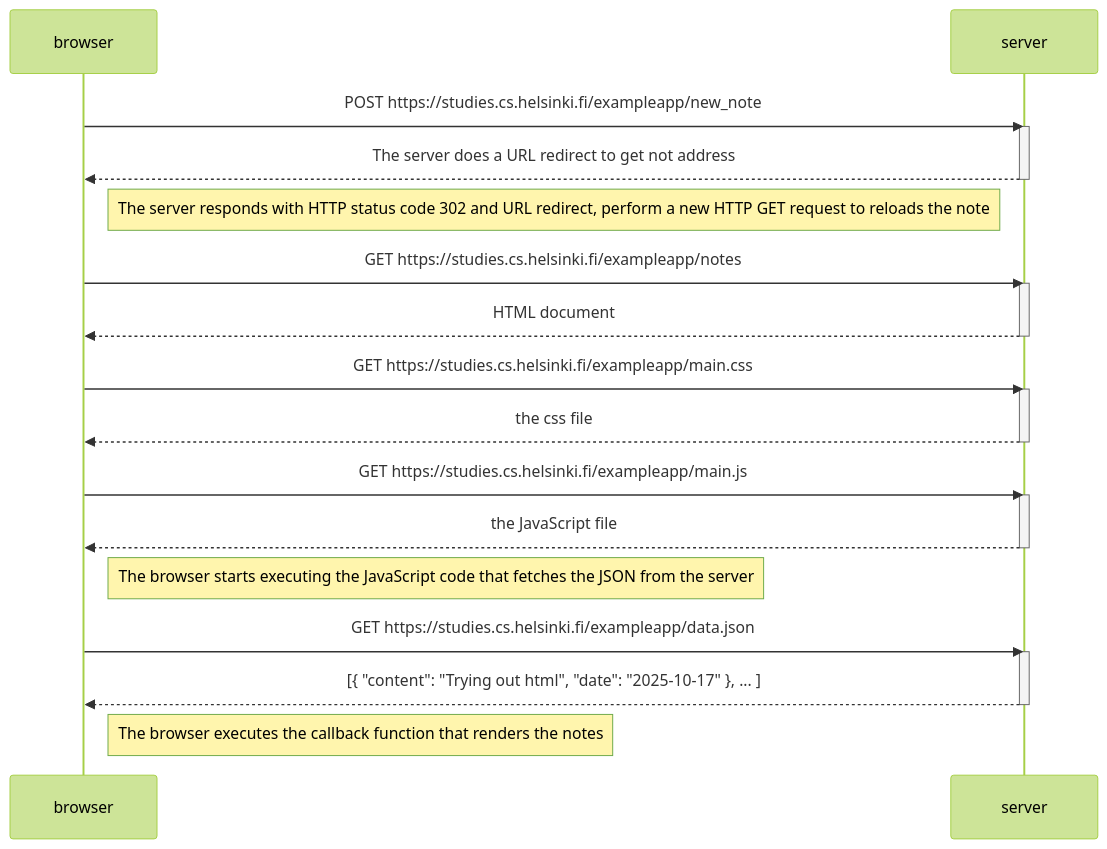
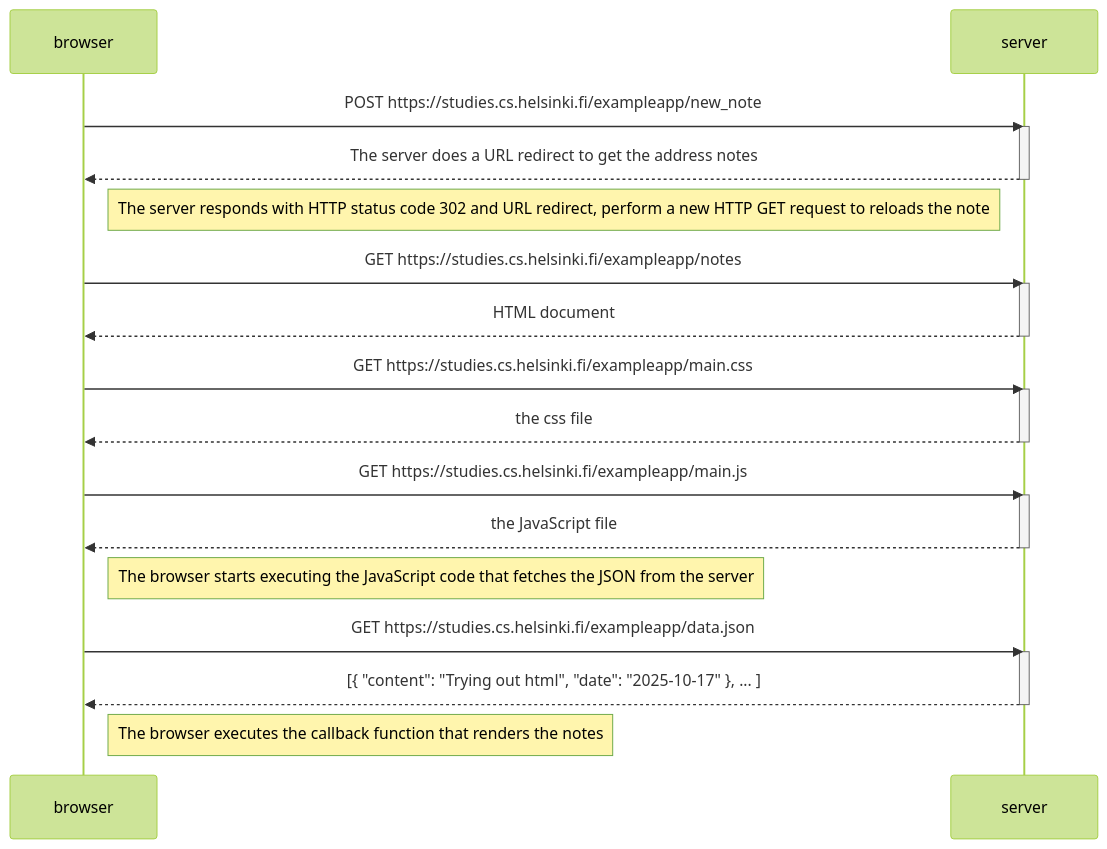
One commit to chimaeberechiphilip/full_stack_open changed the diagram in part_0/0.4_new_note_diagram/sequencediagram.md. Above: the diagram before and after it, drawn with Mermaid (forest theme).

Commit message:
second commit

````diff
--- a/part_0/0.4_new_note_diagram/sequencediagram.md
+++ b/part_0/0.4_new_note_diagram/sequencediagram.md
@@ -1,35 +1,35 @@
 ```mermaid
 sequenceDiagram
     participant browser
     participant server
 
      browser->>server: POST https://studies.cs.helsinki.fi/exampleapp/new_note
     activate server
-    server-->>browser: The server does a URL redirect to get not address
+    server-->>browser: The server does a URL redirect to get the address notes
     deactivate server
     Note right of browser: The server responds with HTTP status code 302 and URL redirect, perform a new HTTP GET request to reloads the note
 
     browser->>server: GET https://studies.cs.helsinki.fi/exampleapp/notes
     activate server
     server-->>browser: HTML document
     deactivate server
 
     browser->>server: GET https://studies.cs.helsinki.fi/exampleapp/main.css
     activate server
     server-->>browser: the css file
     deactivate server
 
     browser->>server: GET https://studies.cs.helsinki.fi/exampleapp/main.js
     activate server
     server-->>browser: the JavaScript file
     deactivate server
 
     Note right of browser: The browser starts executing the JavaScript code that fetches the JSON from the server
 
     browser->>server: GET https://studies.cs.helsinki.fi/exampleapp/data.json
     activate server
     server-->>browser: [{ "content": "Trying out html", "date": "2025-10-17" }, ... ]
     deactivate server
 
     Note right of browser: The browser executes the callback function that renders the notes
 ```
````
